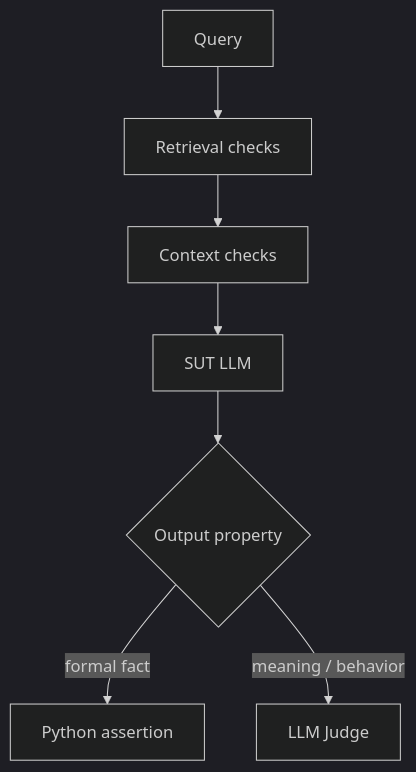
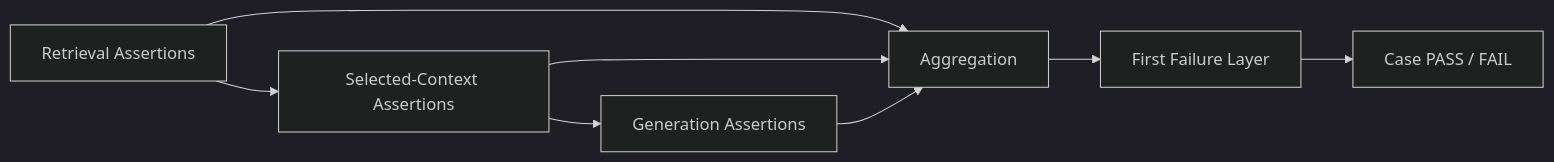
The third of 4 diagrams in docs/automated_ai_evaluation.md (oleksandrserhieiev-beep/ai-qe-lab), drawn with Mermaid (dark theme) before and after one commit. The commit also changed other lines of this file, not shown here.

````diff
--- a/docs/automated_ai_evaluation.md
+++ b/docs/automated_ai_evaluation.md
@@ -102,9 +69,10 @@
 ```mermaid
-flowchart TD
-    Q[Query] --> R[Retrieval checks]
-    R --> C[Context checks]
-    C --> SUT[SUT LLM]
-    SUT --> O{Output property}
-    O -->|formal fact| PY[Python assertion]
-    O -->|meaning / behavior| J[LLM Judge]
+flowchart LR
+    R[Retrieval Assertions] --> C[Selected-Context Assertions]
+    C --> G[Generation Assertions]
+    R --> A[Aggregation]
+    C --> A
+    G --> A
+    A --> L[First Failure Layer]
+    L --> P[Case PASS / FAIL]
 ```
````
